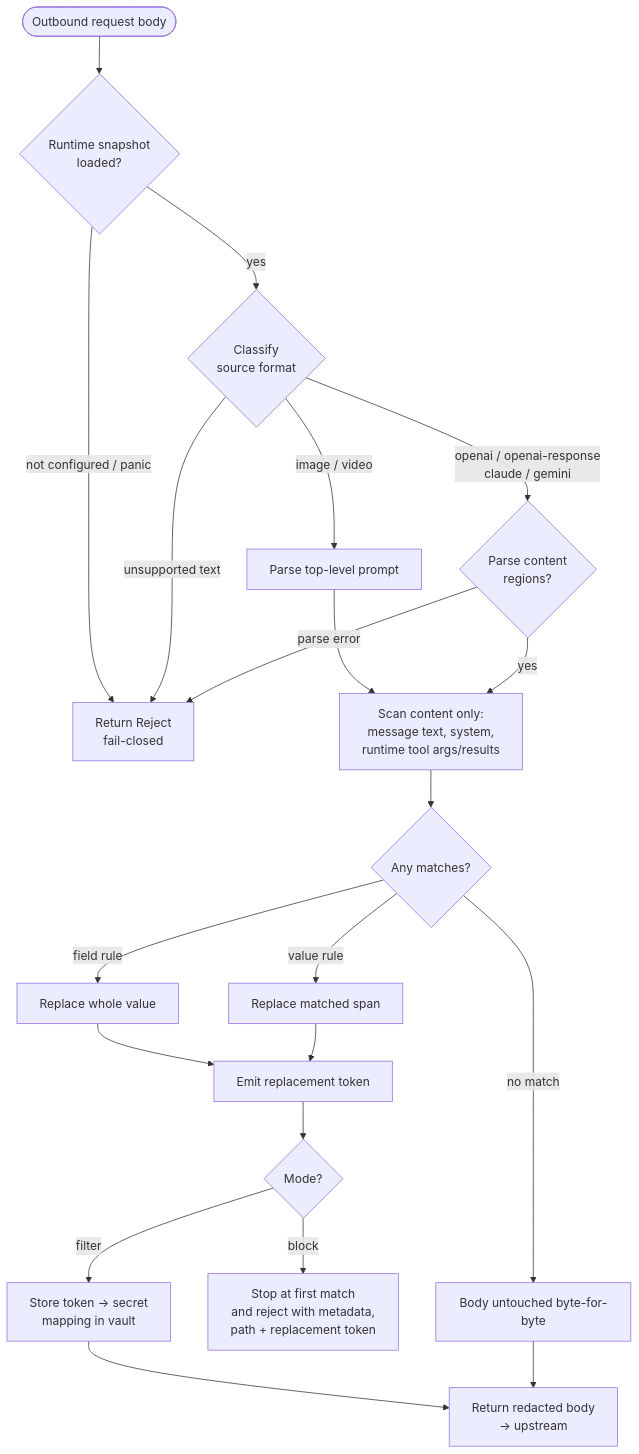
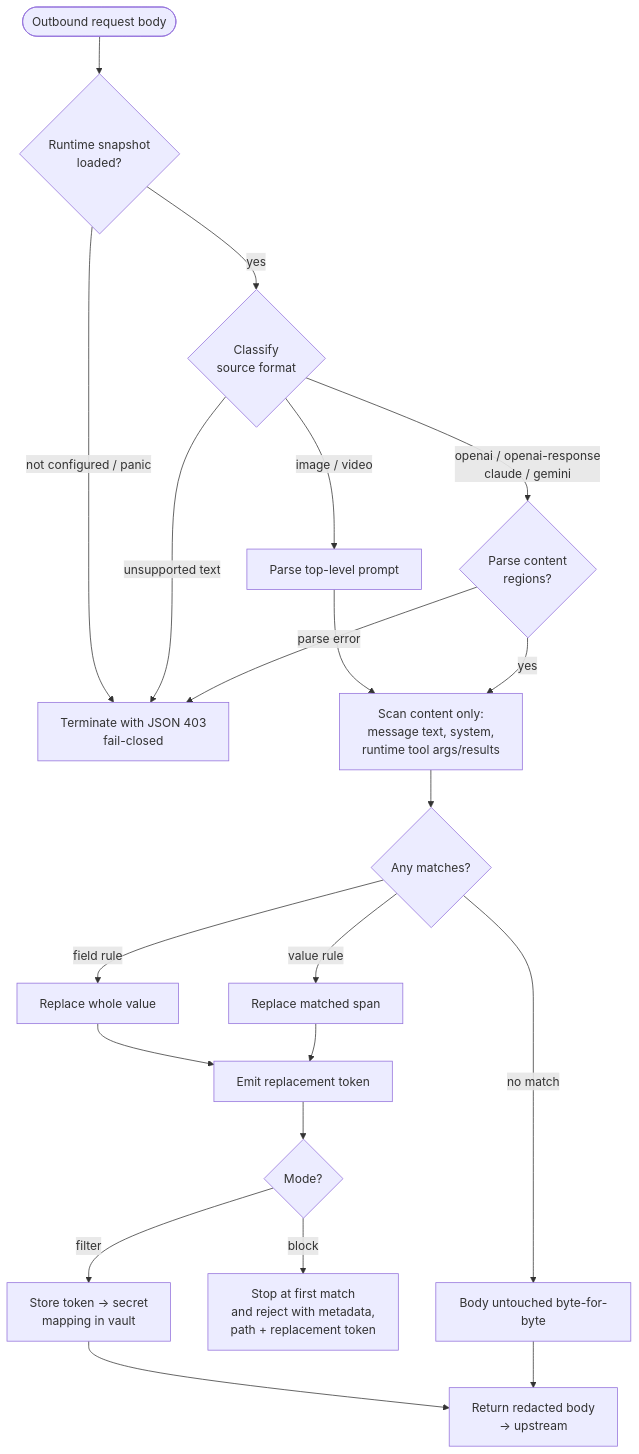
The second of 4 diagrams in README.md (jianhongyu136/plugin-privacy-filter), drawn with Mermaid before and after one commit. The commit also changed other lines of this file and 9 other files, not shown here.

Commit message:
fix: 适配 Terminate fail-closed 和 schema 3

````diff
--- a/README.md
+++ b/README.md
@@ -62,23 +62,23 @@
 ```mermaid
 flowchart TB
     start([Outbound request body]) --> snap{Runtime snapshot<br/>loaded?}
-    snap -->|not configured / panic| reject[Return Reject<br/>fail-closed]
+    snap -->|not configured / panic| reject[Terminate with JSON 403<br/>fail-closed]
     snap -->|yes| classify{Classify<br/>source format}
     classify -->|image / video| parsePrompt[Parse top-level prompt]
     parsePrompt --> scan
     classify -->|unsupported text| reject
     classify -->|openai / openai-response<br/>claude / gemini| parse{Parse content<br/>regions?}
     parse -->|parse error| reject
     parse -->|yes| scan[Scan content only:<br/>message text, system,<br/>runtime tool args/results]
     scan --> match{Any matches?}
     match -->|field rule| field[Replace whole value]
     match -->|value rule| value[Replace matched span]
     field --> token[Emit replacement token]
     value --> token
     token --> mode{Mode?}
     mode -->|filter| store[Store token → secret<br/>mapping in vault]
     store --> send[Return redacted body<br/>→ upstream]
     mode -->|block| blocked[Stop at first match<br/>and reject with metadata,<br/>path + replacement token]
     match -->|no match| passthrough[Body untouched byte-for-byte]
     passthrough --> send
 ```
````
